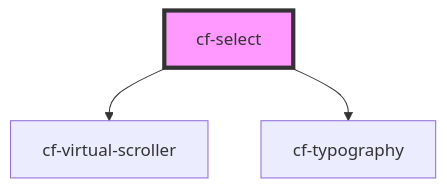
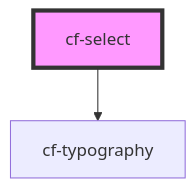
Before and after one commit to DriLLFreAK100/codefee-component: the diagram in src/components/cf-select/readme.md, drawn with Mermaid. The commit also changed other lines of this file and 9 other files, not shown here.

````diff
--- a/src/components/cf-select/readme.md
+++ b/src/components/cf-select/readme.md
@@ -31,6 +30,5 @@
 ```mermaid
 graph TD;
-  cf-select --> cf-virtual-scroller
   cf-select --> cf-typography
   style cf-select fill:#f9f,stroke:#333,stroke-width:4px
 ```
````
